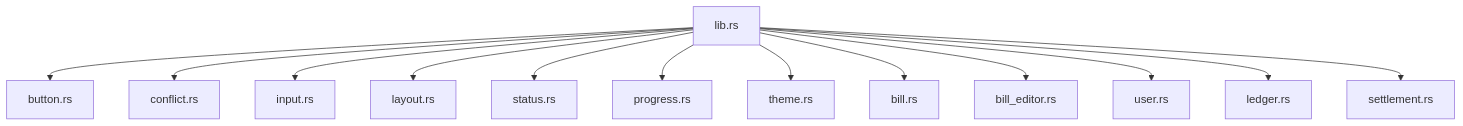
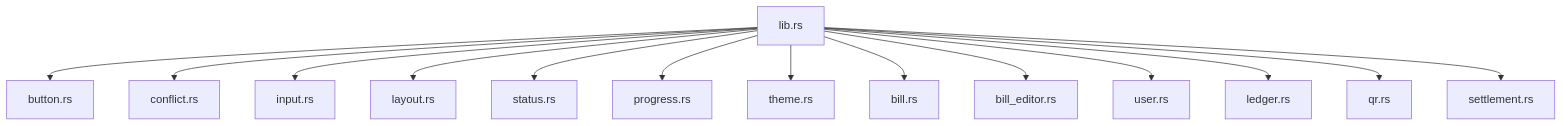
Before and after one commit to unbill-project/unbill: the diagram in unbill-docs/ui-components.md, drawn with Mermaid. The commit also changed other lines of this file and 17 other files, not shown here.

````diff
--- a/unbill-docs/ui-components.md
+++ b/unbill-docs/ui-components.md
@@ -45,29 +46,32 @@
 ```mermaid
 flowchart TB
     Lib["lib.rs"]
     Button["button.rs"]
     Conflict["conflict.rs"]
     Input["input.rs"]
     Layout["layout.rs"]
     Status["status.rs"]
     Progress["progress.rs"]
     Theme["theme.rs"]
     Bill["bill.rs"]
     BillEditor["bill_editor.rs"]
     User["user.rs"]
     Ledger["ledger.rs"]
     Settlement["settlement.rs"]
 
     Lib --> Button
     Lib --> Conflict
     Lib --> Input
     Lib --> Layout
     Lib --> Status
     Lib --> Progress
     Lib --> Theme
     Lib --> Bill
     Lib --> BillEditor
     Lib --> User
     Lib --> Ledger
+    QR["qr.rs"]
+
+    Lib --> QR
     Lib --> Settlement
 ```
````
